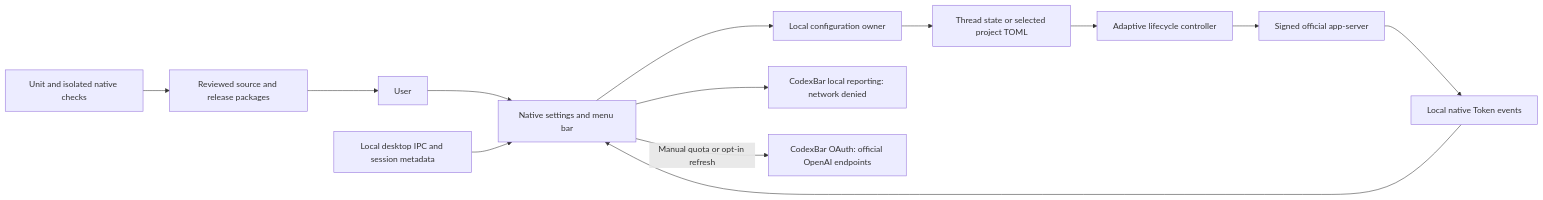
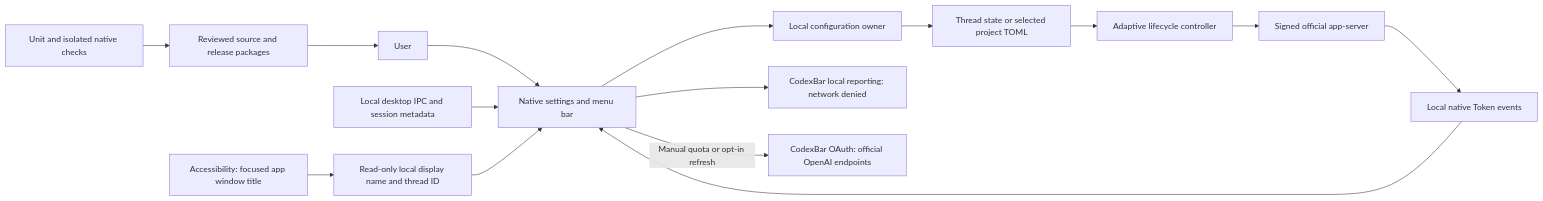
Before and after one commit to yimengbenxin/codex-context-menu: the diagram in README.en.md, drawn with Mermaid. The commit also changed other lines of this file and 38 other files, not shown here.

````diff
--- a/README.en.md
+++ b/README.en.md
@@ -61,15 +63,17 @@
 ```mermaid
 flowchart LR
   User --> UI[Native settings and menu bar]
   IPC[Local desktop IPC and session metadata] --> UI
+  Focus[Accessibility: focused app window title] --> Index[Read-only local display name and thread ID]
+  Index --> UI
   UI --> Config[Local configuration owner]
   Config --> State[Thread state or selected project TOML]
   State --> Policy[Adaptive lifecycle controller]
   Policy --> Native[Signed official app-server]
   Native --> Logs[Local native Token events]
   Logs --> UI
   UI --> Stats[CodexBar local reporting: network denied]
   UI -->|Manual quota or opt-in refresh| Quota[CodexBar OAuth: official OpenAI endpoints]
   Tests[Unit and isolated native checks] --> Package[Reviewed source and release packages]
   Package --> User
 ```
````
